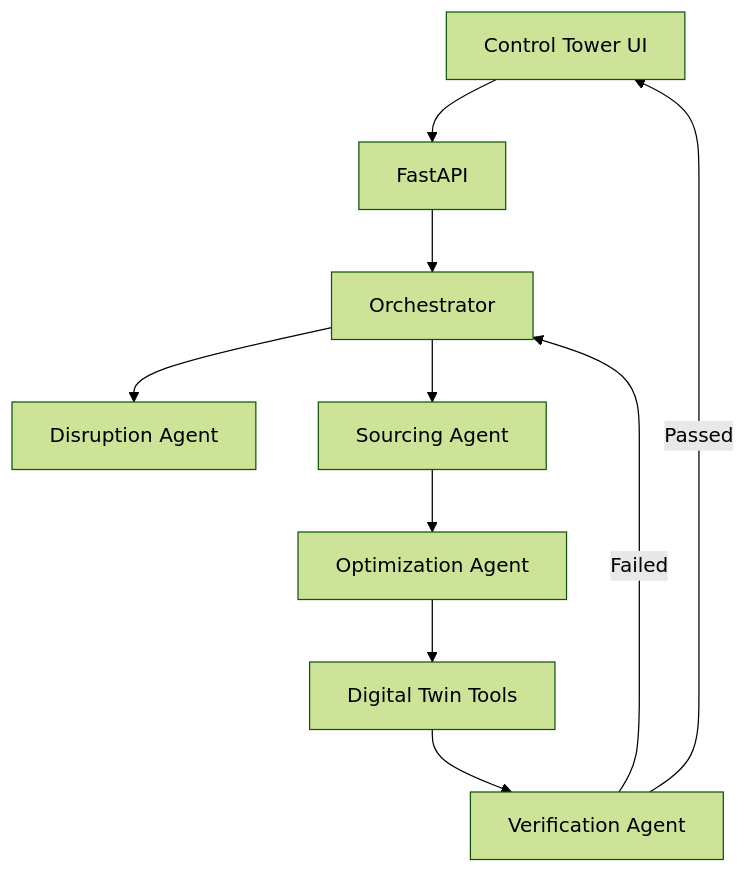
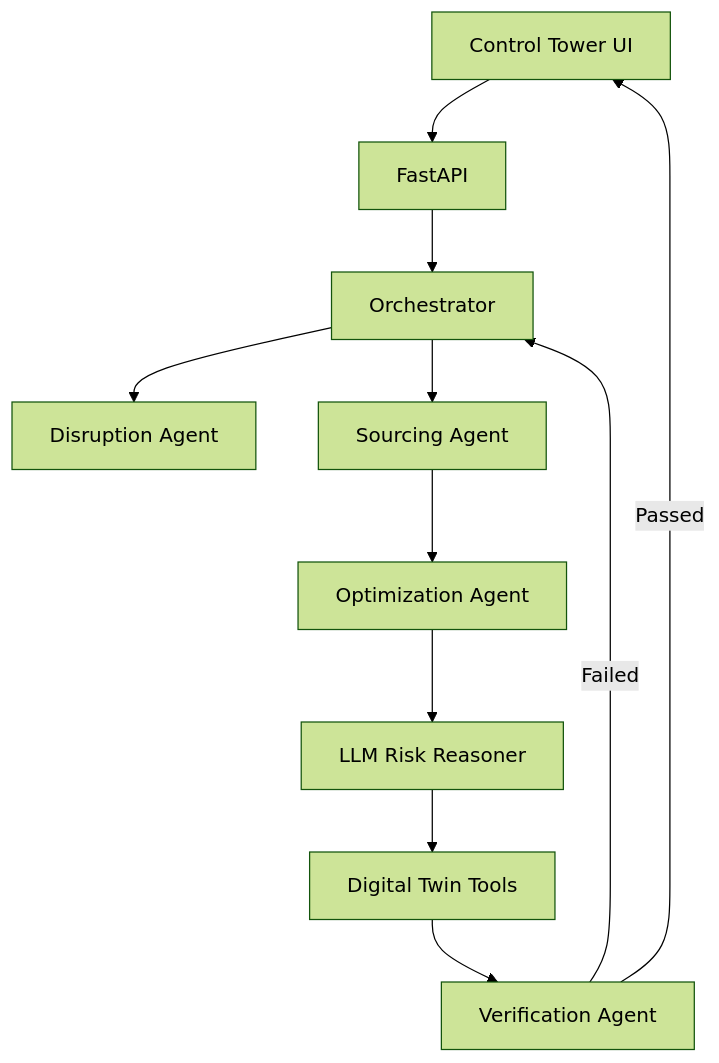
One commit to Akarsh-42/resilichain-ai changed the diagram in docs/ARCHITECTURE.md. Above: the diagram before and after it, drawn with Mermaid (forest theme). The commit also changed other lines of this file and 16 other files, not shown here.

````diff
--- a/docs/ARCHITECTURE.md
+++ b/docs/ARCHITECTURE.md
@@ -13,12 +14,13 @@
 ```mermaid
 flowchart TD
     UI[Control Tower UI] --> API[FastAPI]
     API --> O[Orchestrator]
     O --> D[Disruption Agent]
     O --> S[Sourcing Agent]
     S --> P[Optimization Agent]
-    P --> E[Digital Twin Tools]
+    P --> L[LLM Risk Reasoner]
+    L --> E[Digital Twin Tools]
     E --> V[Verification Agent]
     V -->|Failed| O
     V -->|Passed| UI
 ```
````
